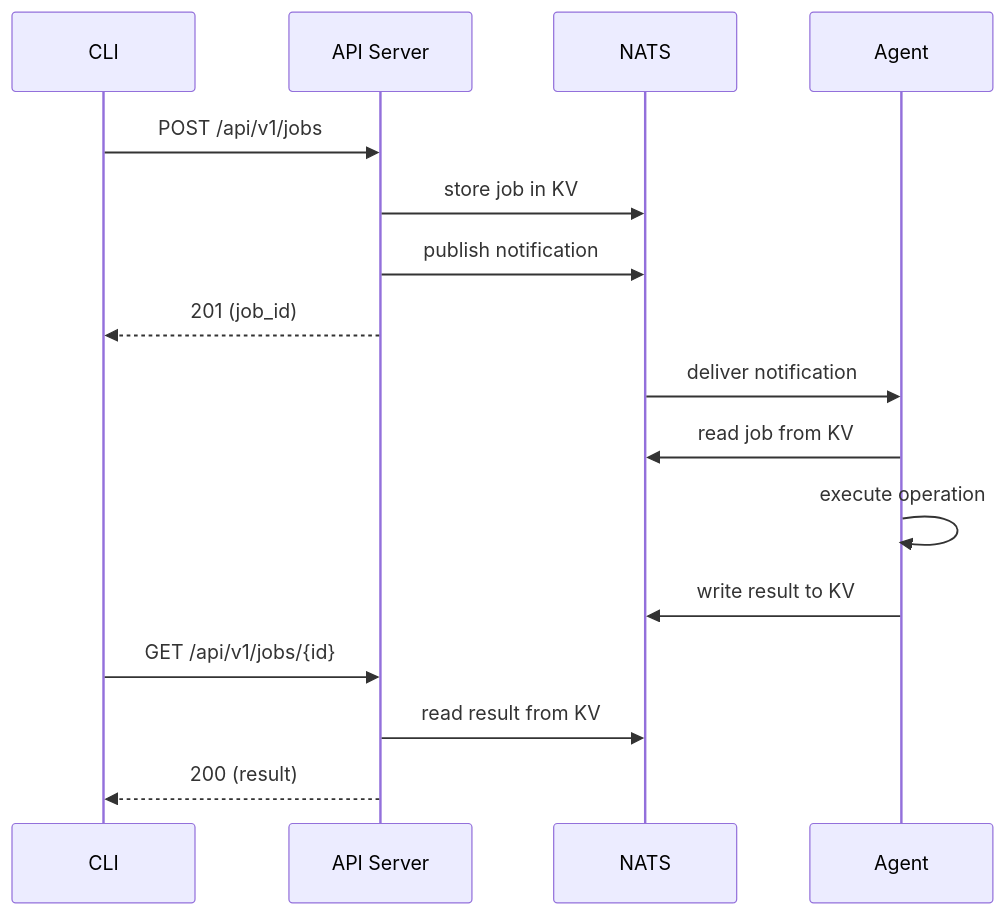
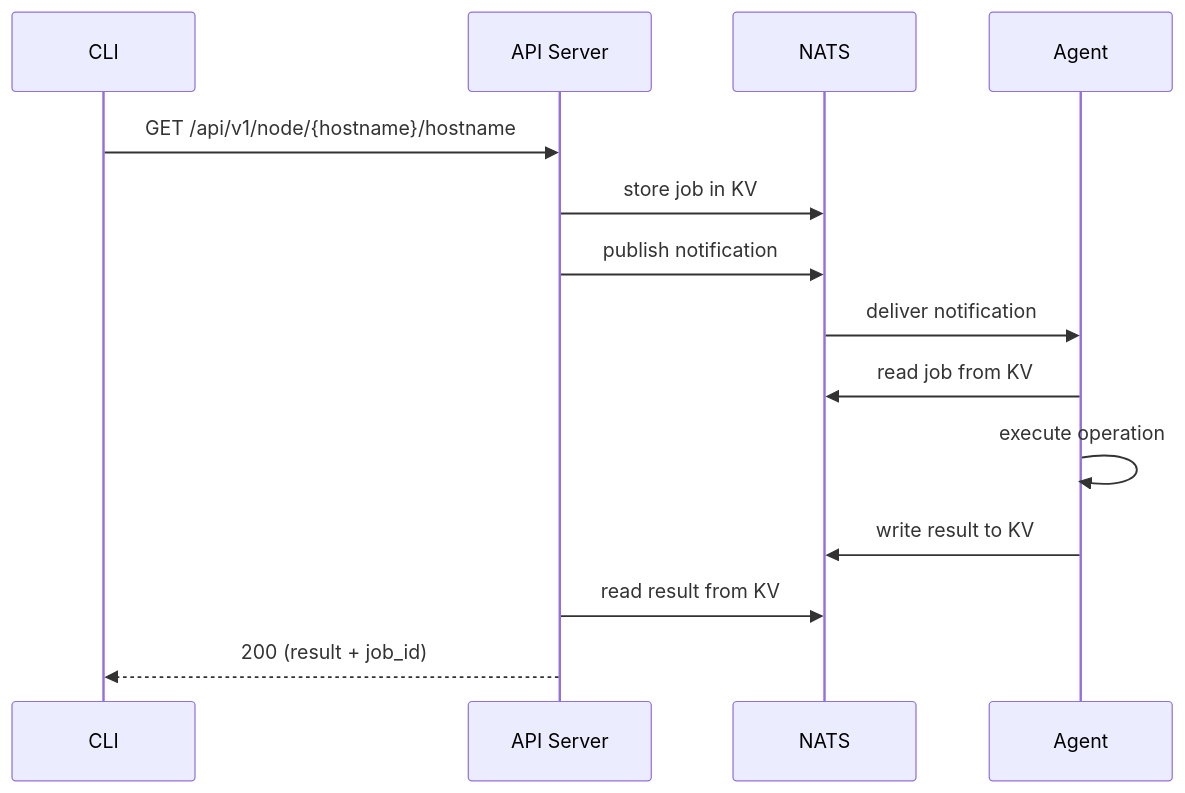
Before and after one commit to osapi-io/osapi: the third of 3 diagrams in docs/docs/sidebar/architecture/architecture.md, drawn with Mermaid. The commit also changed 5 other files, not shown here.

First line of the commit message:
docs: update architecture and job docs for removed POST /job

````diff
--- a/docs/docs/sidebar/architecture/architecture.md
+++ b/docs/docs/sidebar/architecture/architecture.md
@@ -113,19 +113,17 @@
 ```mermaid
 sequenceDiagram
     participant CLI
     participant API as API Server
     participant NATS
     participant Agent
 
-    CLI->>API: POST /api/v1/jobs
+    CLI->>API: GET /api/v1/node/{hostname}/hostname
     API->>NATS: store job in KV
     API->>NATS: publish notification
-    API-->>CLI: 201 (job_id)
     NATS->>Agent: deliver notification
     Agent->>NATS: read job from KV
     Agent->>Agent: execute operation
     Agent->>NATS: write result to KV
-    CLI->>API: GET /api/v1/jobs/{id}
     API->>NATS: read result from KV
-    API-->>CLI: 200 (result)
+    API-->>CLI: 200 (result + job_id)
 ```
````
